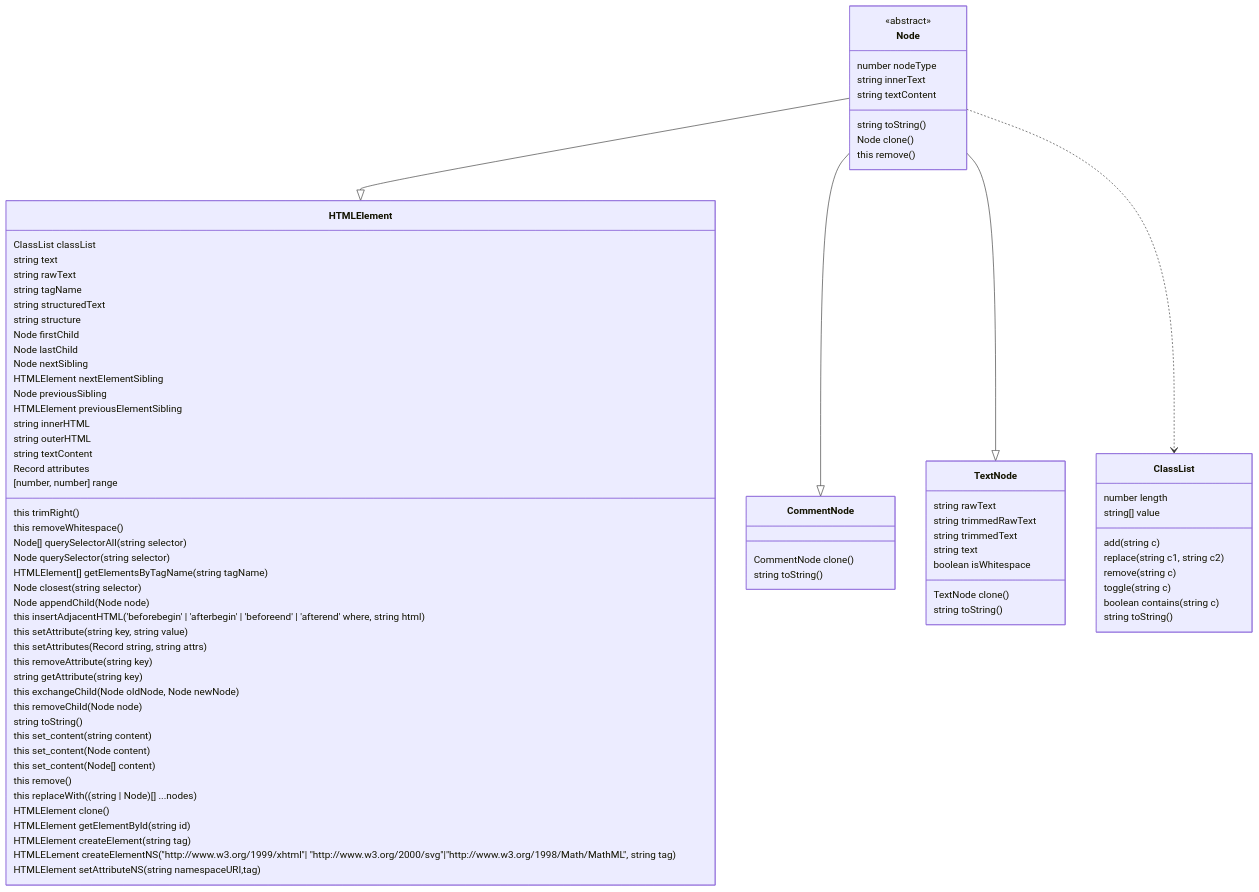
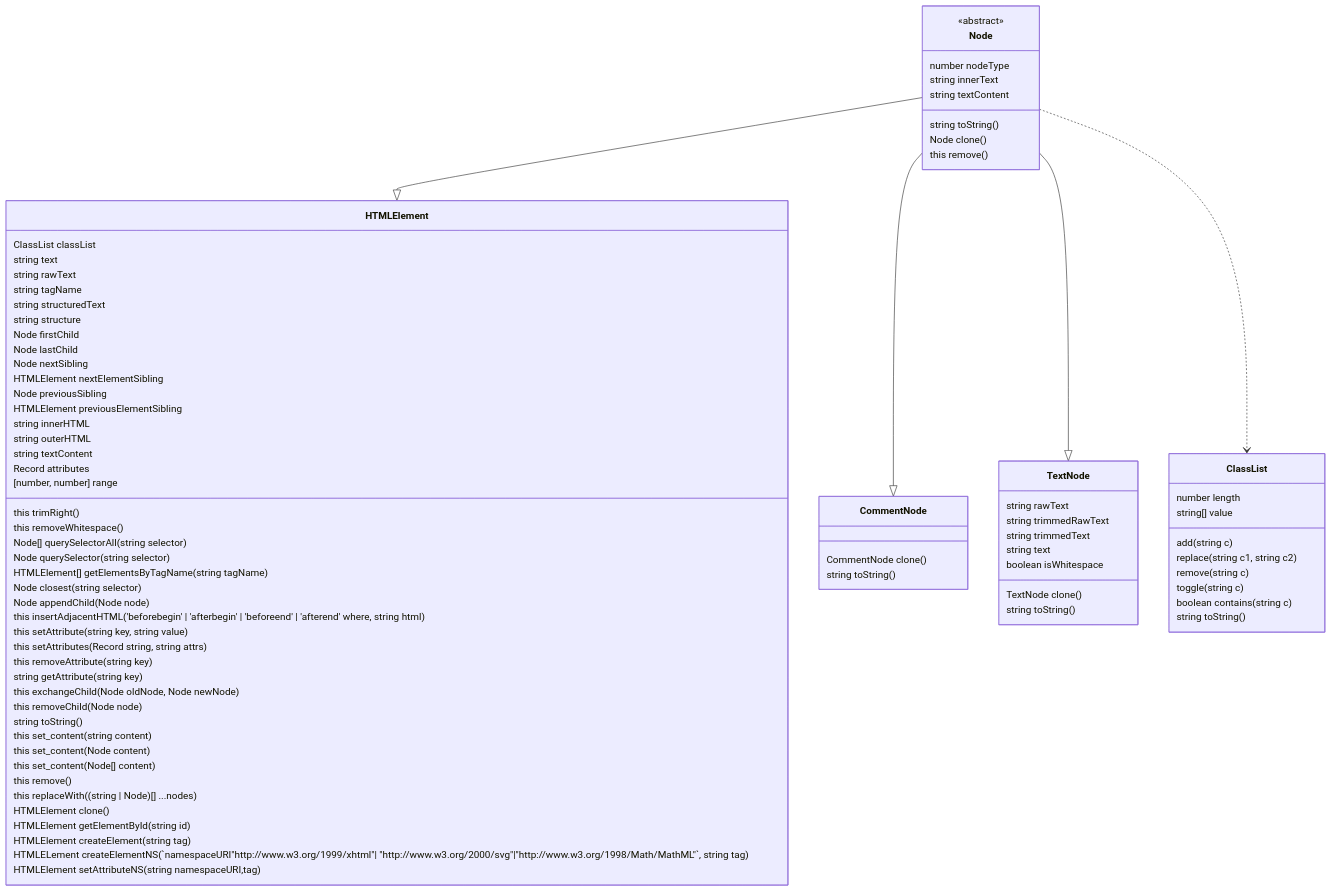
Before and after one commit to zolexander/node-html-parser: the diagram in README.md, drawn with Mermaid. The commit also changed other lines of this file, not shown here.

```diff
--- a/README.md
+++ b/README.md
@@ -132,7 +132,7 @@
 	HTMLElement clone()
 	HTMLElement getElementById(string id)
 	HTMLElement createElement(string tag)
-	HTMLELement createElementNS("http://www.w3.org/1999/xhtml"| "http://www.w3.org/2000/svg"|"http://www.w3.org/1998/Math/MathML", string tag)
+	HTMLELement createElementNS(`namespaceURI"http://www.w3.org/1999/xhtml"| "http://www.w3.org/2000/svg"|"http://www.w3.org/1998/Math/MathML"`, string tag)
 	HTMLElement setAttributeNS(string namespaceURI,tag)
 	string text
 	string rawText
```
